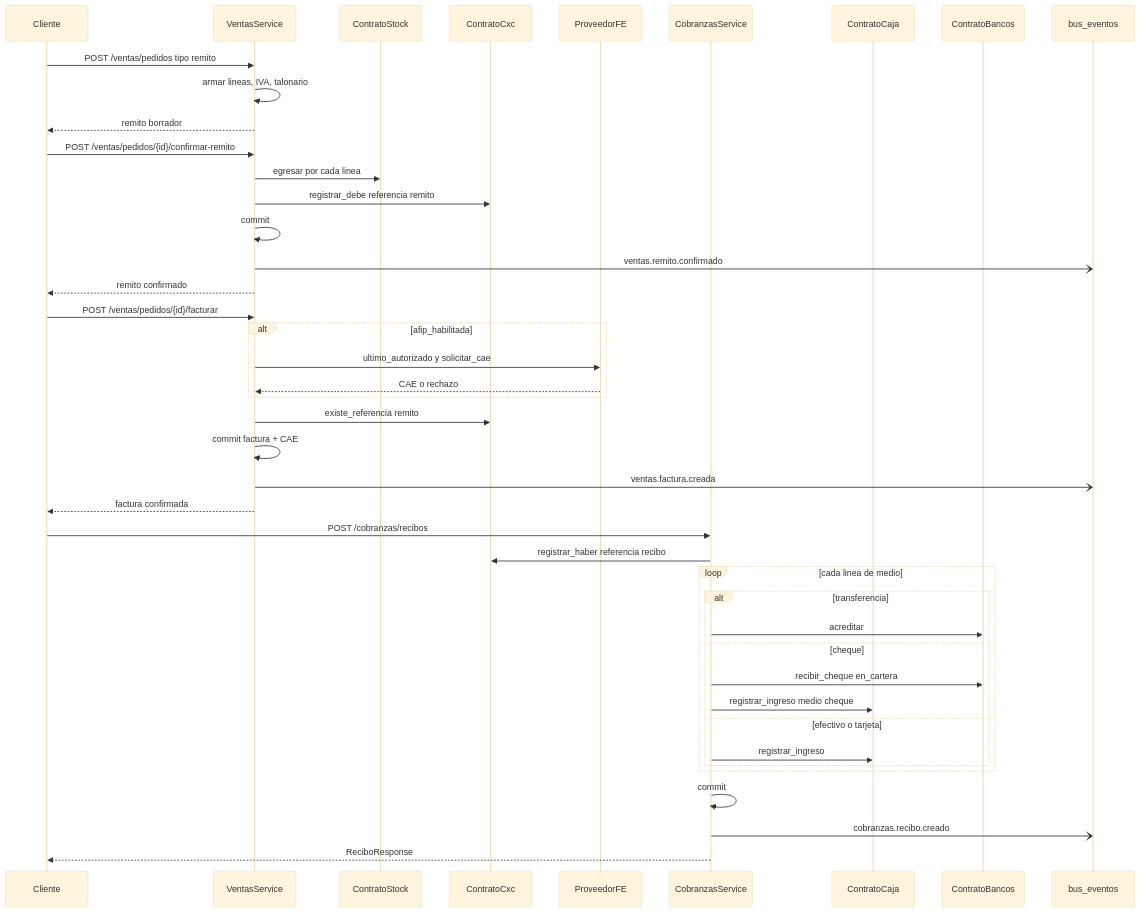
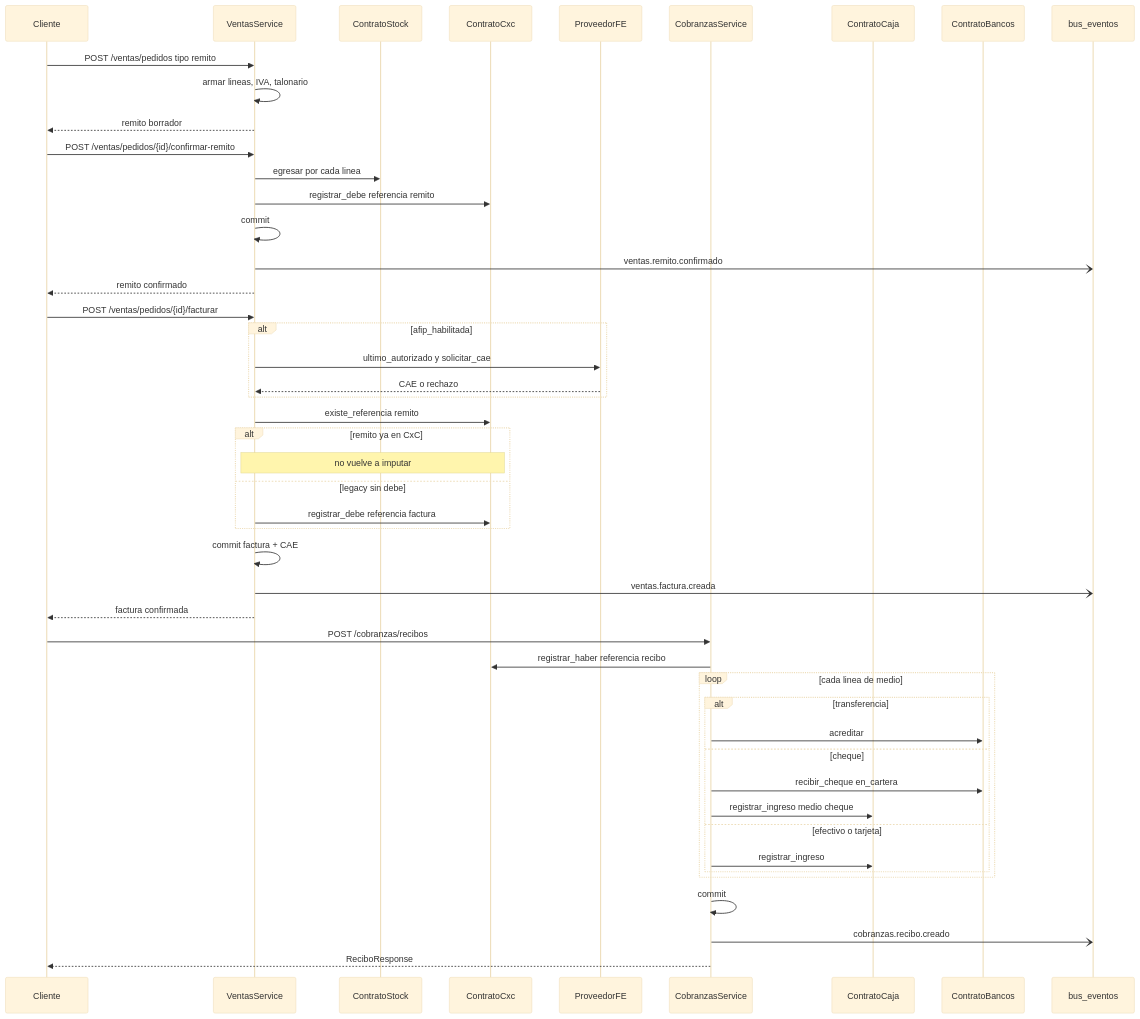
Before and after one commit to estsan3/ventas360-api: the diagram in docs/diagramas/cadena-venta-cobro.md, drawn with Mermaid (base theme). The commit also changed other lines of this file and 21 other files, not shown here.

First line of the commit message:
docs: diagramas de secuencia por módulo (sync 2026-09-23)

````diff
--- a/docs/diagramas/cadena-venta-cobro.md
+++ b/docs/diagramas/cadena-venta-cobro.md
@@ -8,49 +8,54 @@
 ```mermaid
 sequenceDiagram
     participant Cliente
     participant Ventas as VentasService
     participant Stock as ContratoStock
     participant Cxc as ContratoCxc
     participant FE as ProveedorFE
     participant Cobranzas as CobranzasService
     participant Caja as ContratoCaja
     participant Bancos as ContratoBancos
     participant Bus as bus_eventos
 
     Cliente->>Ventas: POST /ventas/pedidos tipo remito
     Ventas->>Ventas: armar lineas, IVA, talonario
     Ventas-->>Cliente: remito borrador
 
     Cliente->>Ventas: POST /ventas/pedidos/{id}/confirmar-remito
     Ventas->>Stock: egresar por cada linea
     Ventas->>Cxc: registrar_debe referencia remito
     Ventas->>Ventas: commit
     Ventas-)Bus: ventas.remito.confirmado
     Ventas-->>Cliente: remito confirmado
 
     Cliente->>Ventas: POST /ventas/pedidos/{id}/facturar
     alt afip_habilitada
         Ventas->>FE: ultimo_autorizado y solicitar_cae
         FE-->>Ventas: CAE o rechazo
     end
     Ventas->>Cxc: existe_referencia remito
+    alt remito ya en CxC
+        Note over Ventas,Cxc: no vuelve a imputar
+    else legacy sin debe
+        Ventas->>Cxc: registrar_debe referencia factura
+    end
     Ventas->>Ventas: commit factura + CAE
     Ventas-)Bus: ventas.factura.creada
     Ventas-->>Cliente: factura confirmada
 
     Cliente->>Cobranzas: POST /cobranzas/recibos
     Cobranzas->>Cxc: registrar_haber referencia recibo
     loop cada linea de medio
         alt transferencia
             Cobranzas->>Bancos: acreditar
         else cheque
             Cobranzas->>Bancos: recibir_cheque en_cartera
             Cobranzas->>Caja: registrar_ingreso medio cheque
         else efectivo o tarjeta
             Cobranzas->>Caja: registrar_ingreso
         end
     end
     Cobranzas->>Cobranzas: commit
     Cobranzas-)Bus: cobranzas.recibo.creado
     Cobranzas-->>Cliente: ReciboResponse
 ```
````
